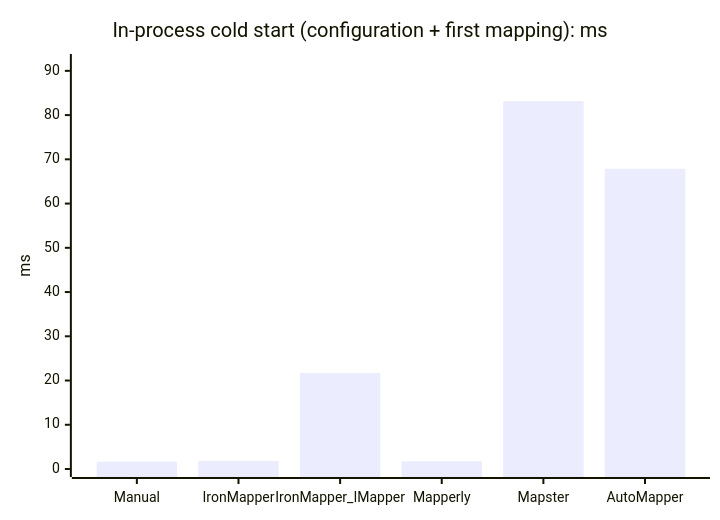
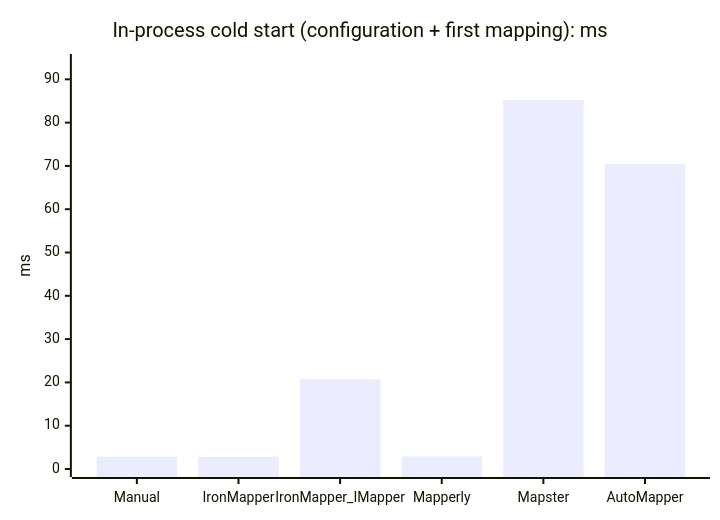
One commit to iron-mapper/IronMapper changed the fifth of 5 diagrams in benchmarks/results/RESULTS.md. Above: the diagram before and after it, drawn with Mermaid. The commit also changed other lines of this file and 42 other files, not shown here.

````diff
--- a/benchmarks/results/RESULTS.md
+++ b/benchmarks/results/RESULTS.md
@@ -80,7 +255,7 @@
 ```mermaid
 xychart-beta
     title "In-process cold start (configuration + first mapping): ms"
     x-axis ["Manual", "IronMapper", "IronMapper_IMapper", "Mapperly", "Mapster", "AutoMapper"]
-    y-axis "ms" 0 --> 92
-    bar [1.653, 1.831, 21.706, 1.744, 83.15, 67.876]
+    y-axis "ms" 0 --> 94
+    bar [2.837, 2.815, 20.719, 2.92, 85.218, 70.485]
 ```
````
